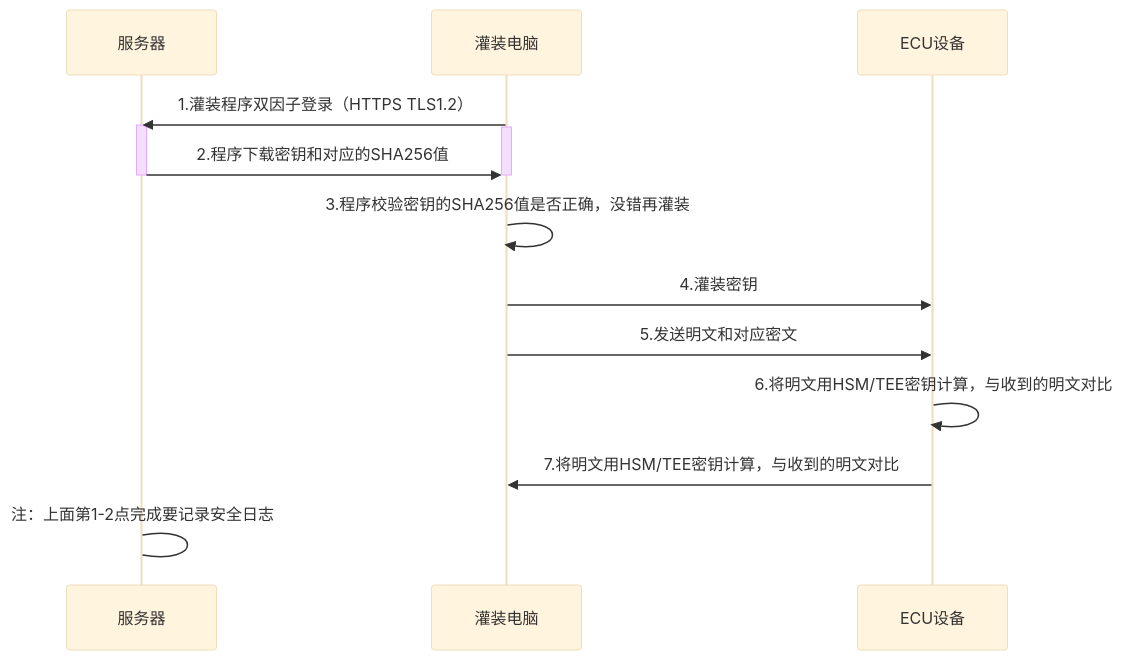
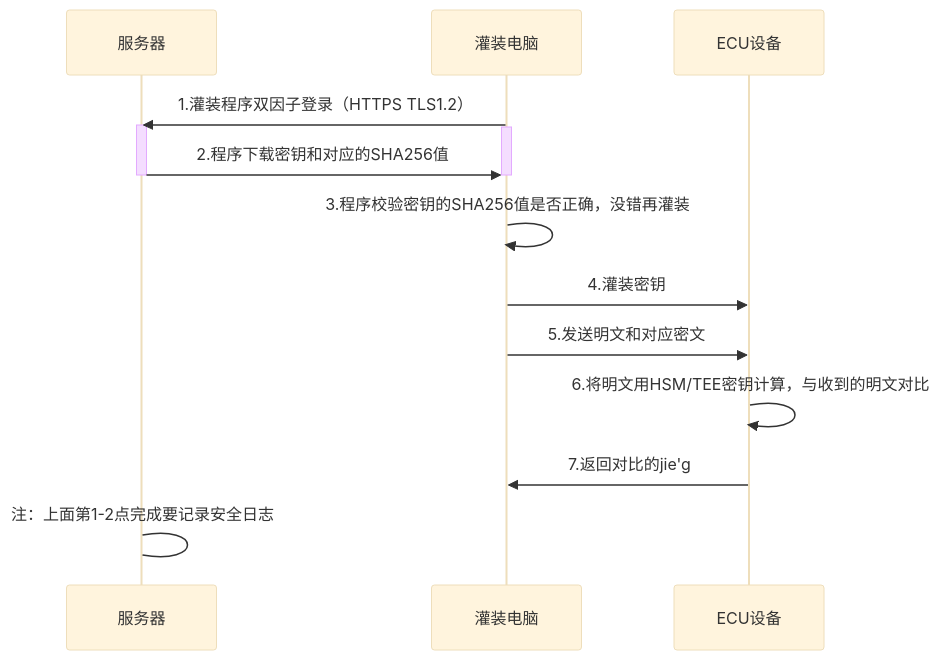
The diagram in all/未命名-25.md (facebook-cloud/iodraw-files), drawn with Mermaid (base theme) before and after one commit.

Commit message:
2026-04-21 15:24:18 update

````diff
--- a/all/未命名-25.md
+++ b/all/未命名-25.md
@@ -1,24 +1,24 @@
 ```mermaid
 sequenceDiagram
   
     participant B as 服务器
     participant D as 灌装电脑
     participant E as ECU设备
 
     D->>B: 1.灌装程序双因子登录（HTTPS TLS1.2）
     activate B
     activate D
 
     B->>D: 2.程序下载密钥和对应的SHA256值 
 
     deactivate B
     deactivate D
     
     D->>D: 3.程序校验密钥的SHA256值是否正确，没错再灌装
     D->>E: 4.灌装密钥
     D->>E: 5.发送明文和对应密文
     E->>E: 6.将明文用HSM/TEE密钥计算，与收到的明文对比
-    E->>D: 7.将明文用HSM/TEE密钥计算，与收到的明文对比
+    E->>D: 7.返回对比的jie'g
 
     B->B: 注：上面第1-2点完成要记录安全日志
 ```
````
